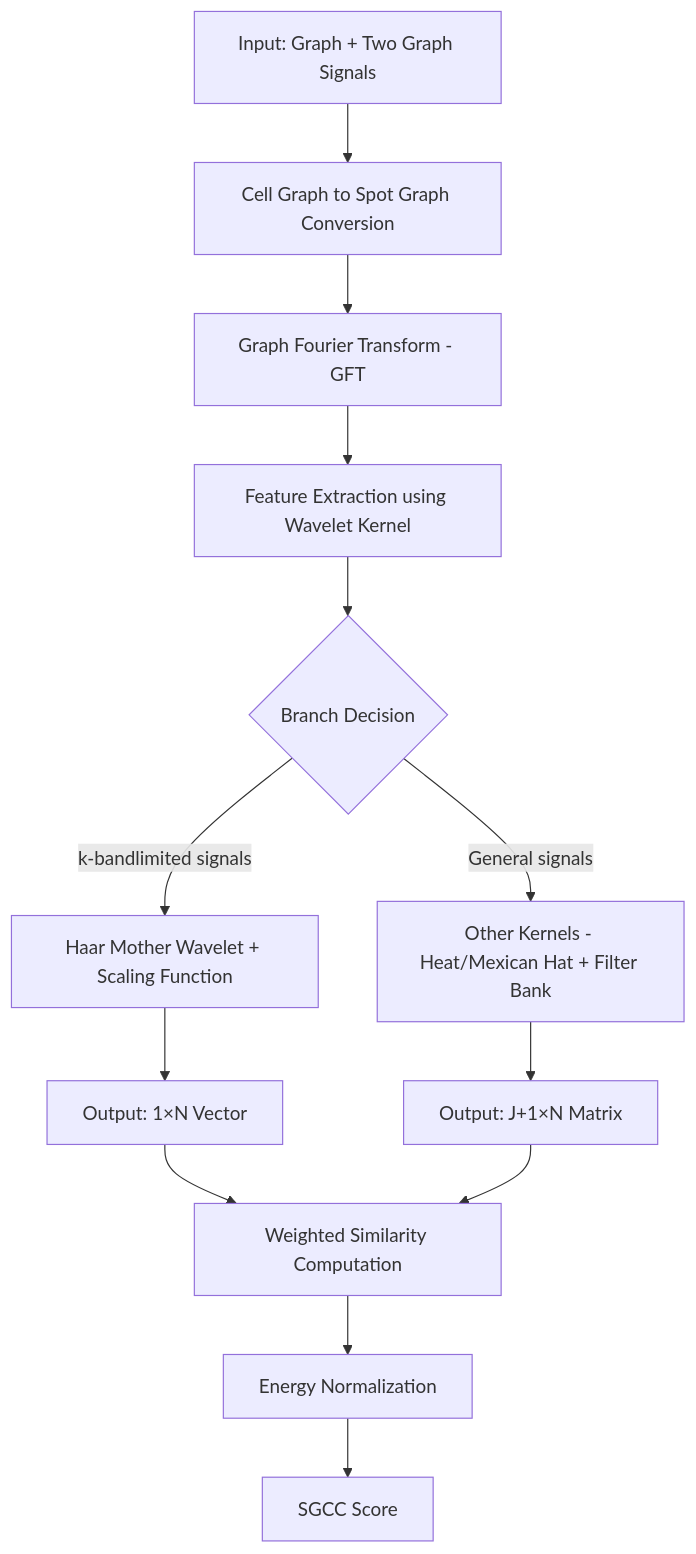
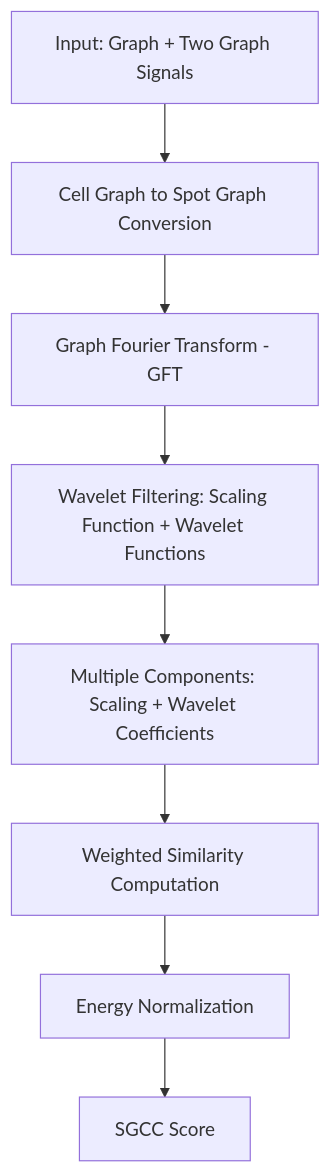
One commit to BMEngineeR/BioGSP changed the diagram in README.md. Above: the diagram before and after it, drawn with Mermaid. The commit also changed other lines of this file and 57 other files, not shown here.

````diff
--- a/README.md
+++ b/README.md
@@ -24,15 +190,10 @@
 ```mermaid
 graph TD
     A[Input: Graph + Two Graph Signals] --> B[Cell Graph to Spot Graph Conversion]
     B --> C[Graph Fourier Transform - GFT]
-    C --> D[Feature Extraction using Wavelet Kernel]
-    D --> E{Branch Decision}
-    E -->|k-bandlimited signals| F[Haar Mother Wavelet + Scaling Function]
-    E -->|General signals| G[Other Kernels - Heat/Mexican Hat + Filter Bank]
-    F --> H[Output: 1×N Vector]
-    G --> I[Output: J+1×N Matrix]
-    H --> J[Weighted Similarity Computation]
-    I --> J
-    J --> K[Energy Normalization]
-    K --> L[SGCC Score]
+    C --> D[Wavelet Filtering: Scaling Function + Wavelet Functions]
+    D --> E[Multiple Components: Scaling + Wavelet Coefficients]
+    E --> F[Weighted Similarity Computation]
+    F --> G[Energy Normalization]
+    G --> H[SGCC Score]
 ```
````
